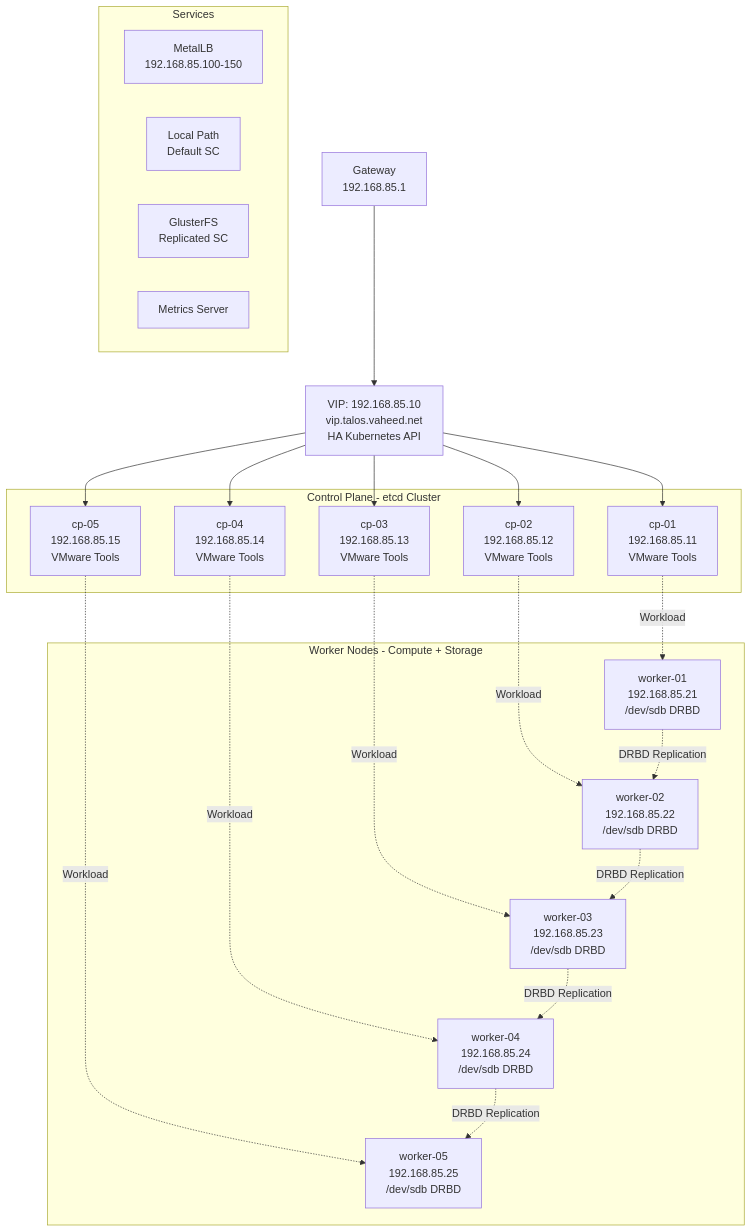
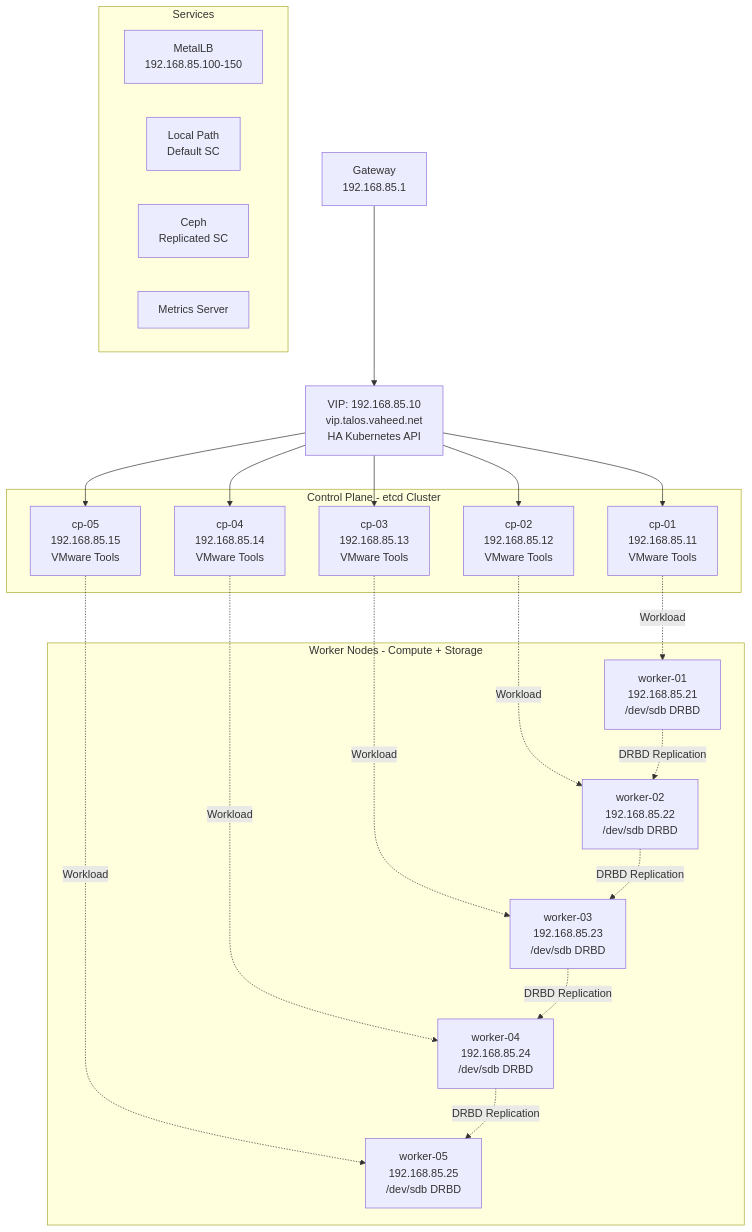
One commit to vaheed/talos-kubernetes-cluster changed the diagram in HP.md. Above: the diagram before and after it, drawn with Mermaid. The commit also changed other lines of this file, not shown here.

````diff
--- a/HP.md
+++ b/HP.md
@@ -81,46 +81,46 @@
 ```mermaid
 graph TD
     GW[Gateway<br/>192.168.85.1]
     VIP[VIP: 192.168.85.10<br/>vip.talos.vaheed.net<br/>HA Kubernetes API]
     
     subgraph "Control Plane - etcd Cluster"
         CP1[cp-01<br/>192.168.85.11<br/>VMware Tools]
         CP2[cp-02<br/>192.168.85.12<br/>VMware Tools]
         CP3[cp-03<br/>192.168.85.13<br/>VMware Tools]
         CP4[cp-04<br/>192.168.85.14<br/>VMware Tools]
         CP5[cp-05<br/>192.168.85.15<br/>VMware Tools]
     end
     
     subgraph "Worker Nodes - Compute + Storage"
         W1[worker-01<br/>192.168.85.21<br/>/dev/sdb DRBD]
         W2[worker-02<br/>192.168.85.22<br/>/dev/sdb DRBD]
         W3[worker-03<br/>192.168.85.23<br/>/dev/sdb DRBD]
         W4[worker-04<br/>192.168.85.24<br/>/dev/sdb DRBD]
         W5[worker-05<br/>192.168.85.25<br/>/dev/sdb DRBD]
     end
     
     subgraph "Services"
         LB[MetalLB<br/>192.168.85.100-150]
         STOR1[Local Path<br/>Default SC]
-        STOR2[GlusterFS<br/>Replicated SC]
+        STOR2[Ceph<br/>Replicated SC]
         MON[Metrics Server]
     end
     
     GW --> VIP
     VIP --> CP1
     VIP --> CP2
     VIP --> CP3
     VIP --> CP4
     VIP --> CP5
     
     CP1 -.Workload.-> W1
     CP2 -.Workload.-> W2
     CP3 -.Workload.-> W3
     CP4 -.Workload.-> W4
     CP5 -.Workload.-> W5
     
     W1 -.DRBD Replication.-> W2
     W2 -.DRBD Replication.-> W3
     W3 -.DRBD Replication.-> W4
     W4 -.DRBD Replication.-> W5
 ```
````
